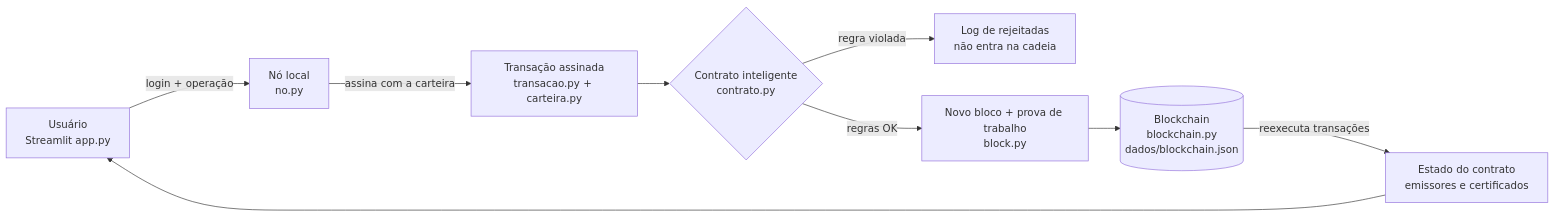
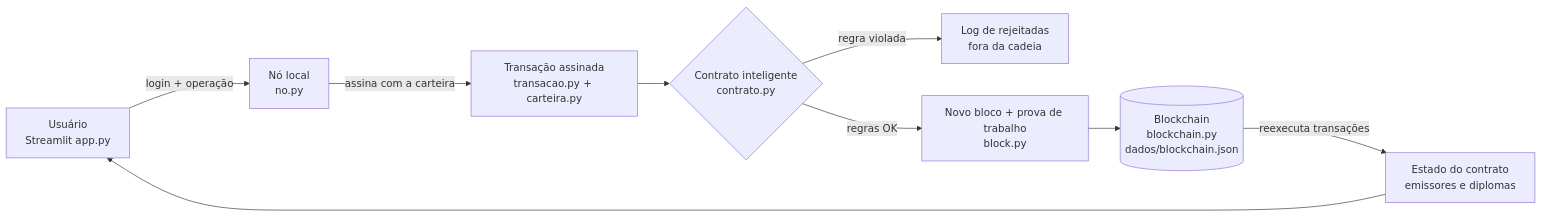
Before and after one commit to lucassmaciel/projeto1_blockchain: the diagram in README.md, drawn with Mermaid. The commit also changed other lines of this file, not shown here.

````diff
--- a/README.md
+++ b/README.md
@@ -34,11 +33,11 @@
 ```mermaid
 flowchart LR
     U[Usuário<br/>Streamlit app.py] -->|login + operação| N[Nó local<br/>no.py]
     N -->|assina com a carteira| T[Transação assinada<br/>transacao.py + carteira.py]
     T --> C{Contrato inteligente<br/>contrato.py}
-    C -->|regra violada| R[Log de rejeitadas<br/>não entra na cadeia]
+    C -->|regra violada| R[Log de rejeitadas<br/>fora da cadeia]
     C -->|regras OK| M[Novo bloco + prova de trabalho<br/>block.py]
     M --> B[(Blockchain<br/>blockchain.py<br/>dados/blockchain.json)]
-    B -->|reexecuta transações| E[Estado do contrato<br/>emissores e certificados]
+    B -->|reexecuta transações| E[Estado do contrato<br/>emissores e diplomas]
     E --> U
 ```
````
